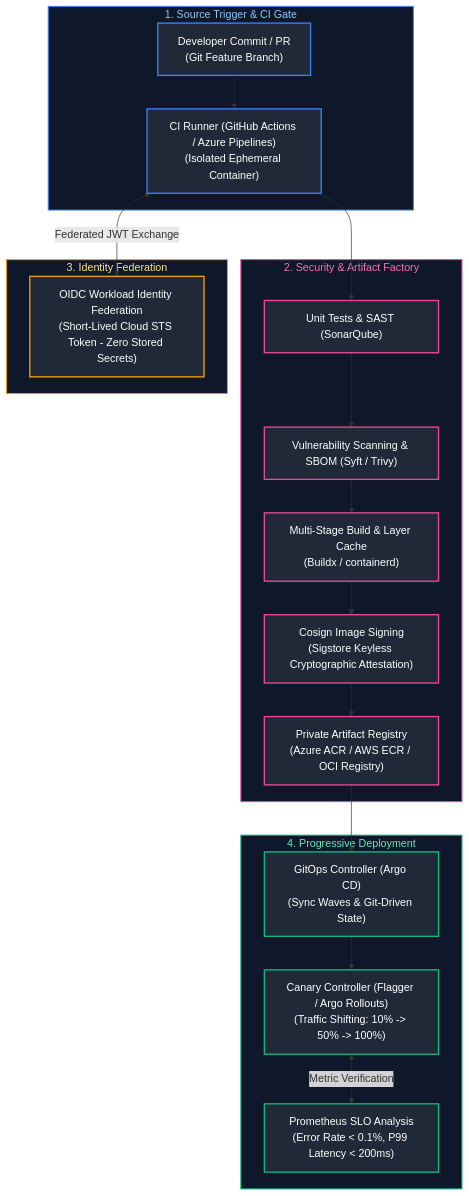
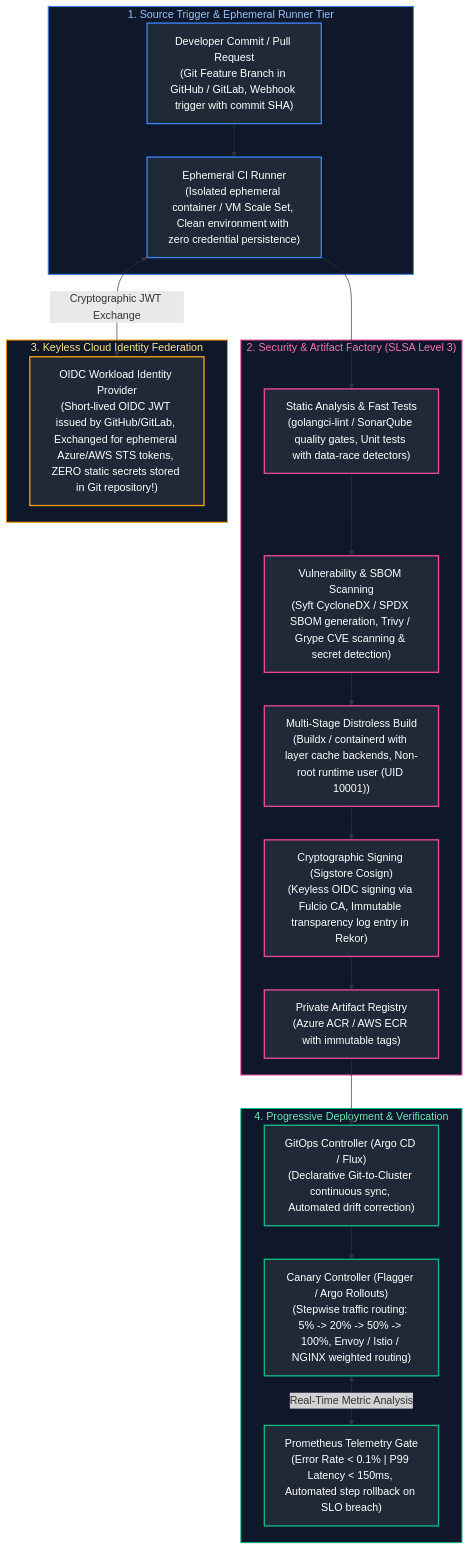
Before and after one commit to joydeep-biswas/Interview-Preparation: the first of 13 diagrams in Cloud Engineering/07_cicd_and_release_engineering.md, drawn with Mermaid. The commit also changed other lines of this file and 143 other files, not shown here.

````diff
--- a/Cloud Engineering/07_cicd_and_release_engineering.md
+++ b/Cloud Engineering/07_cicd_and_release_engineering.md
@@ -9,50 +11,49 @@
 ```mermaid
 flowchart TD
-    subgraph CommitTrigger ["1. Source Trigger & CI Gate"]
-        GitPush["Developer Commit / PR<br/>(Git Feature Branch)"]
-        CI_Runner["CI Runner (GitHub Actions / Azure Pipelines)<br/>(Isolated Ephemeral Container)"]
+    subgraph CommitTrigger ["1. Source Trigger & Ephemeral Runner Tier"]
+        GitPush["Developer Commit / Pull Request<br/>(Git Feature Branch in GitHub / GitLab, Webhook trigger with commit SHA)"]
+        CI_Runner["Ephemeral CI Runner<br/>(Isolated ephemeral container / VM Scale Set, Clean environment with zero credential persistence)"]
         GitPush --> CI_Runner
     end
 
-    subgraph SecuritySupplyChain ["2. Security & Artifact Factory"]
-        LintTest["Unit Tests & SAST (SonarQube)"]
-        TrivyScan["Vulnerability Scanning & SBOM (Syft / Trivy)"]
-        DockerBuild["Multi-Stage Build & Layer Cache<br/>(Buildx / containerd)"]
-        CosignSign["Cosign Image Signing<br/>(Sigstore Keyless Cryptographic Attestation)"]
-        ACR["Private Artifact Registry<br/>(Azure ACR / AWS ECR / OCI Registry)"]
+    subgraph SecuritySupplyChain ["2. Security & Artifact Factory (SLSA Level 3)"]
+        LintTest["Static Analysis & Fast Tests<br/>(golangci-lint / SonarQube quality gates, Unit tests with data-race detectors)"]
+        TrivyScan["Vulnerability & SBOM Scanning<br/>(Syft CycloneDX / SPDX SBOM generation, Trivy / Grype CVE scanning & secret detection)"]
+        DockerBuild["Multi-Stage Distroless Build<br/>(Buildx / containerd with layer cache backends, Non-root runtime user (UID 10001))"]
+        CosignSign["Cryptographic Signing (Sigstore Cosign)<br/>(Keyless OIDC signing via Fulcio CA, Immutable transparency log entry in Rekor)"]
+        Registry["Private Artifact Registry<br/>(Azure ACR / AWS ECR with immutable tags)"]
 
-        CI_Runner --> LintTest --> TrivyScan --> DockerBuild --> CosignSign --> ACR
+        CI_Runner --> LintTest --> TrivyScan --> DockerBuild --> CosignSign --> Registry
     end
 
-    subgraph AuthPlane ["3. Identity Federation"]
-        OIDC["OIDC Workload Identity Federation<br/>(Short-Lived Cloud STS Token - Zero Stored Secrets)"]
-        CI_Runner <-->|"Federated JWT Exchange"| OIDC
+    subgraph AuthPlane ["3. Keyless Cloud Identity Federation"]
+        OIDC["OIDC Workload Identity Provider<br/>(Short-lived OIDC JWT issued by GitHub/GitLab, Exchanged for ephemeral Azure/AWS STS tokens, ZERO static secrets stored in Git repository!)"]
+        CI_Runner <-->|"Cryptographic JWT Exchange"| OIDC
     end
 
-    subgraph ReleaseOrchestration ["4. Progressive Deployment"]
-        ArgoCD["GitOps Controller (Argo CD)<br/>(Sync Waves & Git-Driven State)"]
-        Canary["Canary Controller (Flagger / Argo Rollouts)<br/>(Traffic Shifting: 10% -> 50% -> 100%)"]
-        Prometheus["Prometheus SLO Analysis<br/>(Error Rate < 0.1%, P99 Latency < 200ms)"]
+    subgraph ReleaseOrchestration ["4. Progressive Deployment & Verification"]
+        GitOps["GitOps Controller (Argo CD / Flux)<br/>(Declarative Git-to-Cluster continuous sync, Automated drift correction)"]
+        Canary["Canary Controller (Flagger / Argo Rollouts)<br/>(Stepwise traffic routing: 5% -> 20% -> 50% -> 100%, Envoy / Istio / NGINX weighted routing)"]
+        Telemetry["Prometheus Telemetry Gate<br/>(Error Rate < 0.1% | P99 Latency < 150ms, Automated step rollback on SLO breach)"]
 
-        ACR --> ArgoCD
-        ArgoCD --> Canary
-        Canary <-->|"Metric Verification"| Prometheus
+        Registry --> GitOps --> Canary
+        Canary <-->|"Real-Time Metric Analysis"| Telemetry
     end
 
     style CommitTrigger fill:#0f172a,stroke:#3b82f6,stroke-width:1.5px,color:#93c5fd
     style SecuritySupplyChain fill:#0f172a,stroke:#ec4899,stroke-width:1.5px,color:#f472b6
     style AuthPlane fill:#0f172a,stroke:#f59e0b,stroke-width:1.5px,color:#fde68a
     style ReleaseOrchestration fill:#0f172a,stroke:#10b981,stroke-width:1.5px,color:#6ee7b7
 
     style GitPush fill:#1f2937,stroke:#3b82f6,stroke-width:2px,color:#fff
     style CI_Runner fill:#1f2937,stroke:#3b82f6,stroke-width:2px,color:#fff
     style LintTest fill:#1f2937,stroke:#ec4899,stroke-width:2px,color:#fff
     style TrivyScan fill:#1f2937,stroke:#ec4899,stroke-width:2px,color:#fff
     style DockerBuild fill:#1f2937,stroke:#ec4899,stroke-width:2px,color:#fff
     style CosignSign fill:#1f2937,stroke:#ec4899,stroke-width:2px,color:#fff
-    style ACR fill:#1f2937,stroke:#ec4899,stroke-width:2px,color:#fff
+    style Registry fill:#1f2937,stroke:#ec4899,stroke-width:2px,color:#fff
     style OIDC fill:#1f2937,stroke:#f59e0b,stroke-width:2px,color:#fff
-    style ArgoCD fill:#1f2937,stroke:#10b981,stroke-width:2px,color:#fff
+    style GitOps fill:#1f2937,stroke:#10b981,stroke-width:2px,color:#fff
     style Canary fill:#1f2937,stroke:#10b981,stroke-width:2px,color:#fff
-    style Prometheus fill:#1f2937,stroke:#10b981,stroke-width:2px,color:#fff
+    style Telemetry fill:#1f2937,stroke:#10b981,stroke-width:2px,color:#fff
 ```
````
